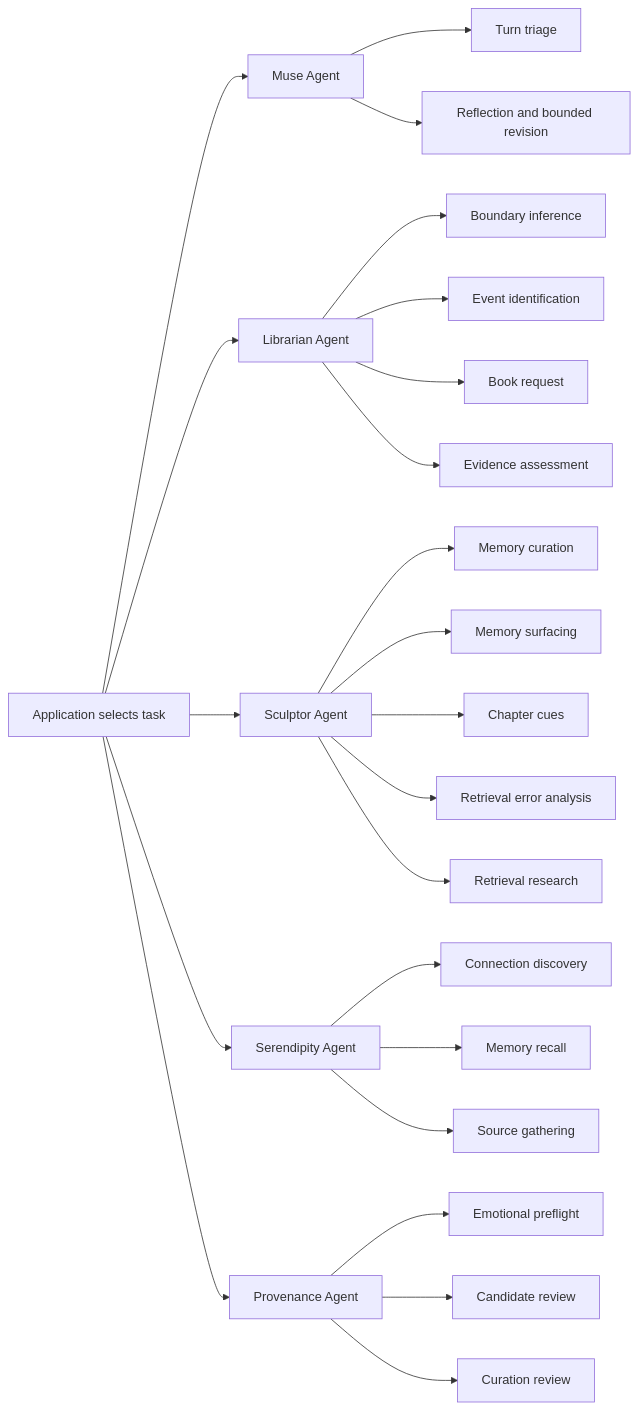
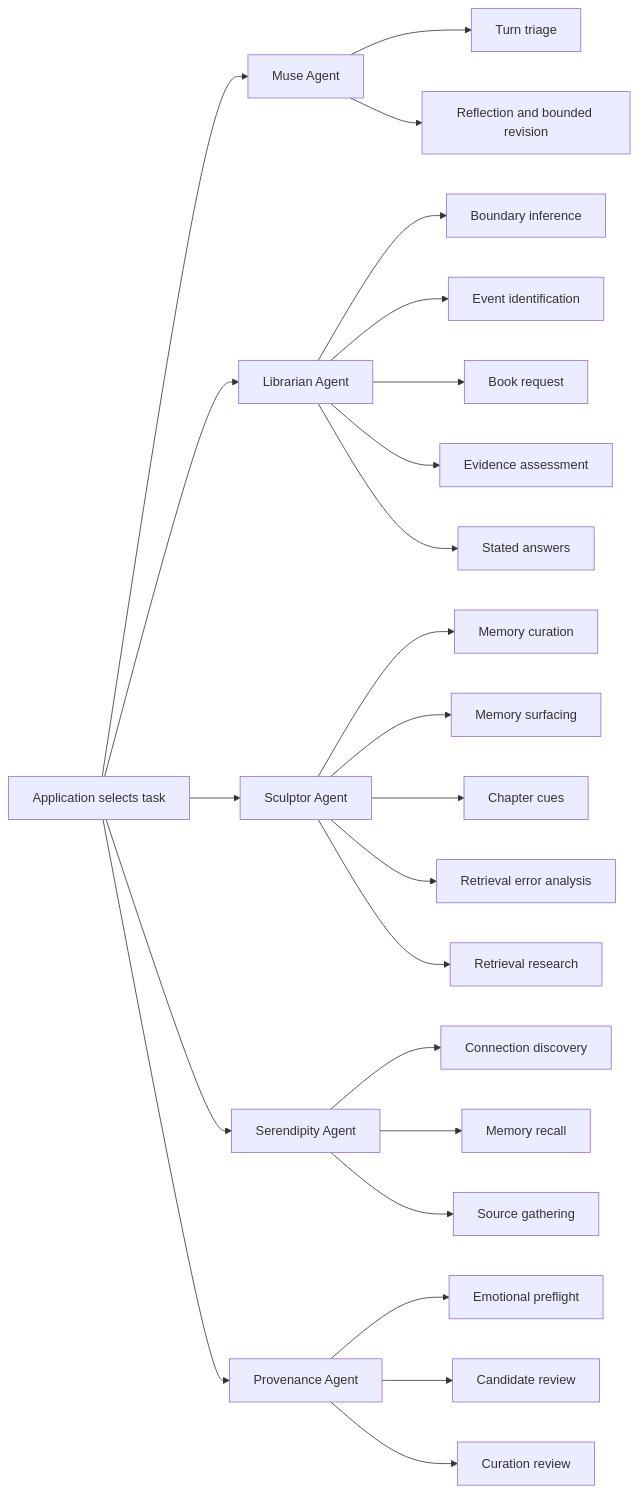
The first of 2 diagrams in docs/agent-skills.md (DesmondChoy/linger), drawn with Mermaid before and after one commit. The commit also changed other lines of this file and 20 other files, not shown here.

````diff
--- a/docs/agent-skills.md
+++ b/docs/agent-skills.md
@@ -38,25 +39,26 @@
 ```mermaid
 flowchart LR
     App[Application selects task] --> Muse[Muse Agent]
     App --> Librarian[Librarian Agent]
     App --> Sculptor[Sculptor Agent]
     App --> Serendipity[Serendipity Agent]
     App --> Provenance[Provenance Agent]
     Muse --> Triage[Turn triage]
     Muse --> Reflection[Reflection and bounded revision]
     Librarian --> Boundary[Boundary inference]
     Librarian --> Identify[Event identification]
     Librarian --> Request[Book request]
     Librarian --> Strength[Evidence assessment]
+    Librarian --> Stated[Stated answers]
     Sculptor --> Curation[Memory curation]
     Sculptor --> Surfacing[Memory surfacing]
     Sculptor --> Cues[Chapter cues]
     Sculptor --> ErrorAnalysis[Retrieval error analysis]
     Sculptor --> Research[Retrieval research]
     Serendipity --> Connection[Connection discovery]
     Serendipity --> Recall[Memory recall]
     Serendipity --> Gathering[Source gathering]
     Provenance --> Preflight[Emotional preflight]
     Provenance --> Candidate[Candidate review]
     Provenance --> CurationReview[Curation review]
 ```
````
